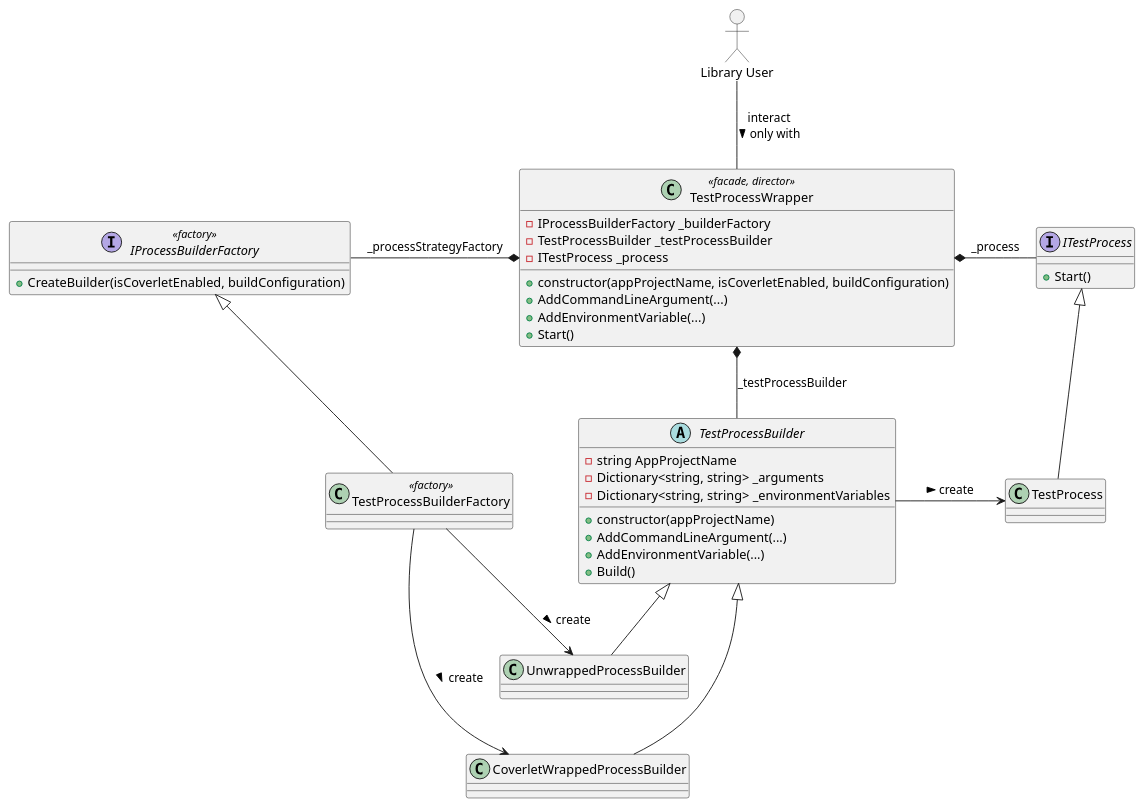
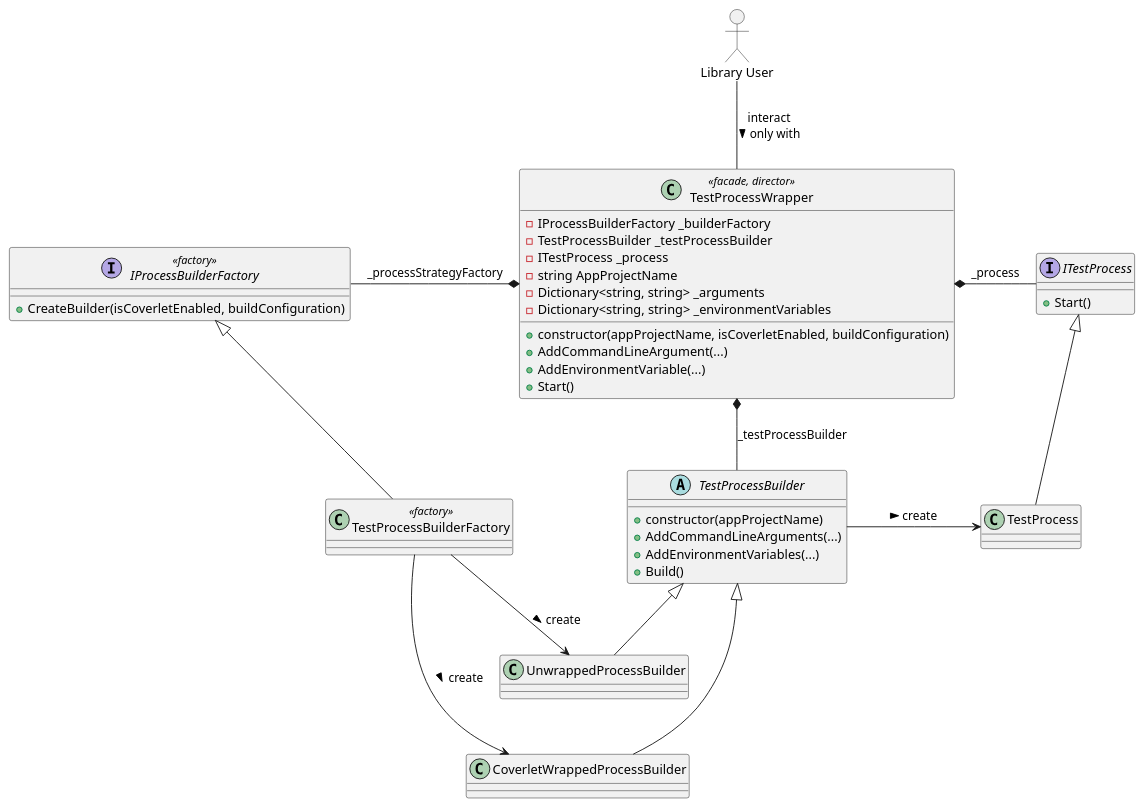
One commit to wonderbird/TestProcessWrapper changed the diagram in docs/target_create_process.puml. Above: the diagram before and after it, drawn with PlantUML.

Commit message:
docs: update target design

```diff
--- a/docs/target_create_process.puml
+++ b/docs/target_create_process.puml
@@ -1,60 +1,60 @@
 @startuml
 allowmixing
 
 actor "Library User" as user
 
 class "TestProcessWrapper" as wrapper  << facade, director >> {
   - IProcessBuilderFactory _builderFactory
   - TestProcessBuilder _testProcessBuilder
   - ITestProcess _process
+  - string AppProjectName
+  - Dictionary<string, string> _arguments
+  - Dictionary<string, string> _environmentVariables
   
   + constructor(appProjectName, isCoverletEnabled, buildConfiguration)
   + AddCommandLineArgument(...)
   + AddEnvironmentVariable(...)
   + Start()
 }
 
 user -- wrapper : interact\nonly with >
 
 interface "IProcessBuilderFactory" as factory_if << factory >> {
   + CreateBuilder(isCoverletEnabled, buildConfiguration)
 }
 
 class "TestProcessBuilderFactory" as factory << factory >>
 factory_if <|-- factory
 
 factory_if -* wrapper : _processStrategyFactory
 
 abstract class "TestProcessBuilder" as builder {
-  - string AppProjectName
-  - Dictionary<string, string> _arguments
-  - Dictionary<string, string> _environmentVariables
   + constructor(appProjectName)
-  + AddCommandLineArgument(...)
-  + AddEnvironmentVariable(...)
+  + AddCommandLineArguments(...)
+  + AddEnvironmentVariables(...)
   + Build()
 }
 
 wrapper *- builder : _testProcessBuilder
 
 class "UnwrappedProcessBuilder" as process_builder
 builder <|-- process_builder
 factory --> process_builder : create >
 
 class "CoverletWrappedProcessBuilder" as coverlet_builder
 builder <|--- coverlet_builder
 factory ---> coverlet_builder : create >
 
 interface "ITestProcess" as process_if {
   + Start()
 }
 
 wrapper *- process_if : _process
 
 class "TestProcess" as process
 process_if <|-- process
 
 builder -> process : create >
 
 'factory_if ---- process_if
 @enduml
```
